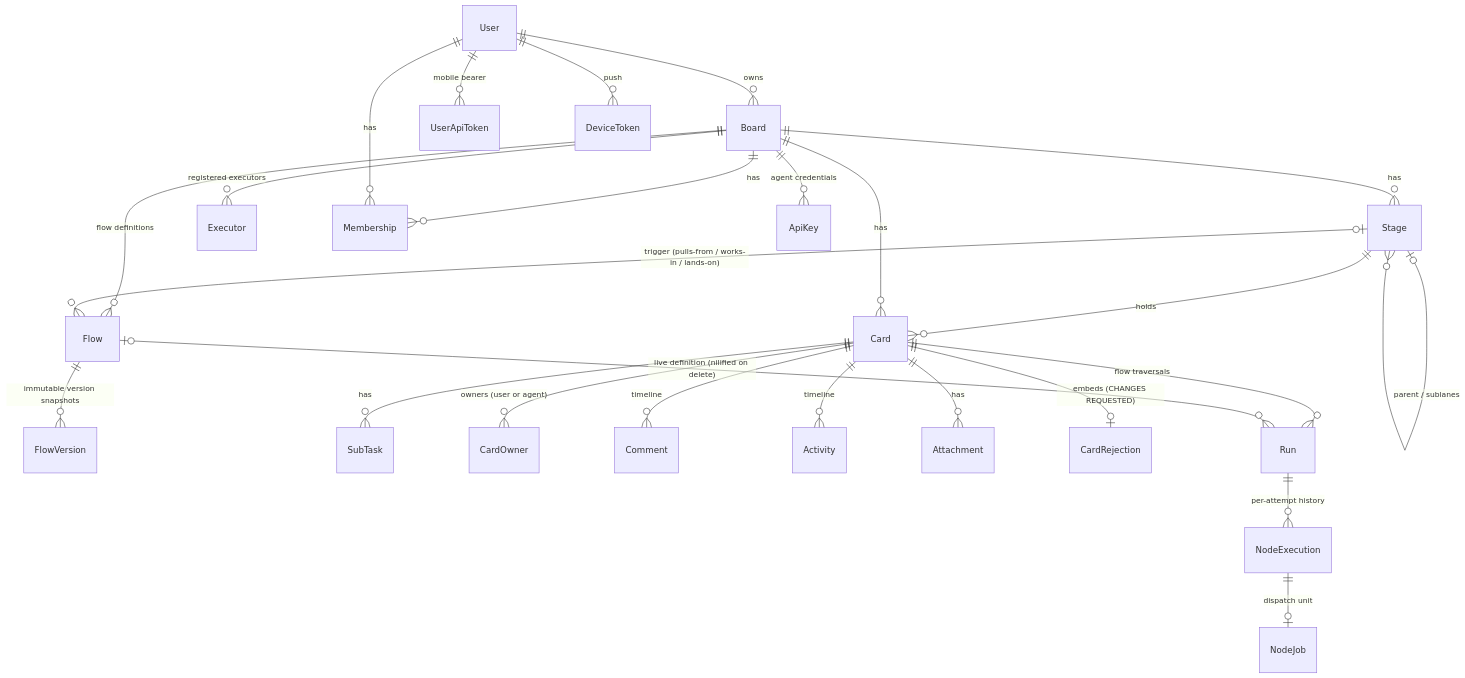
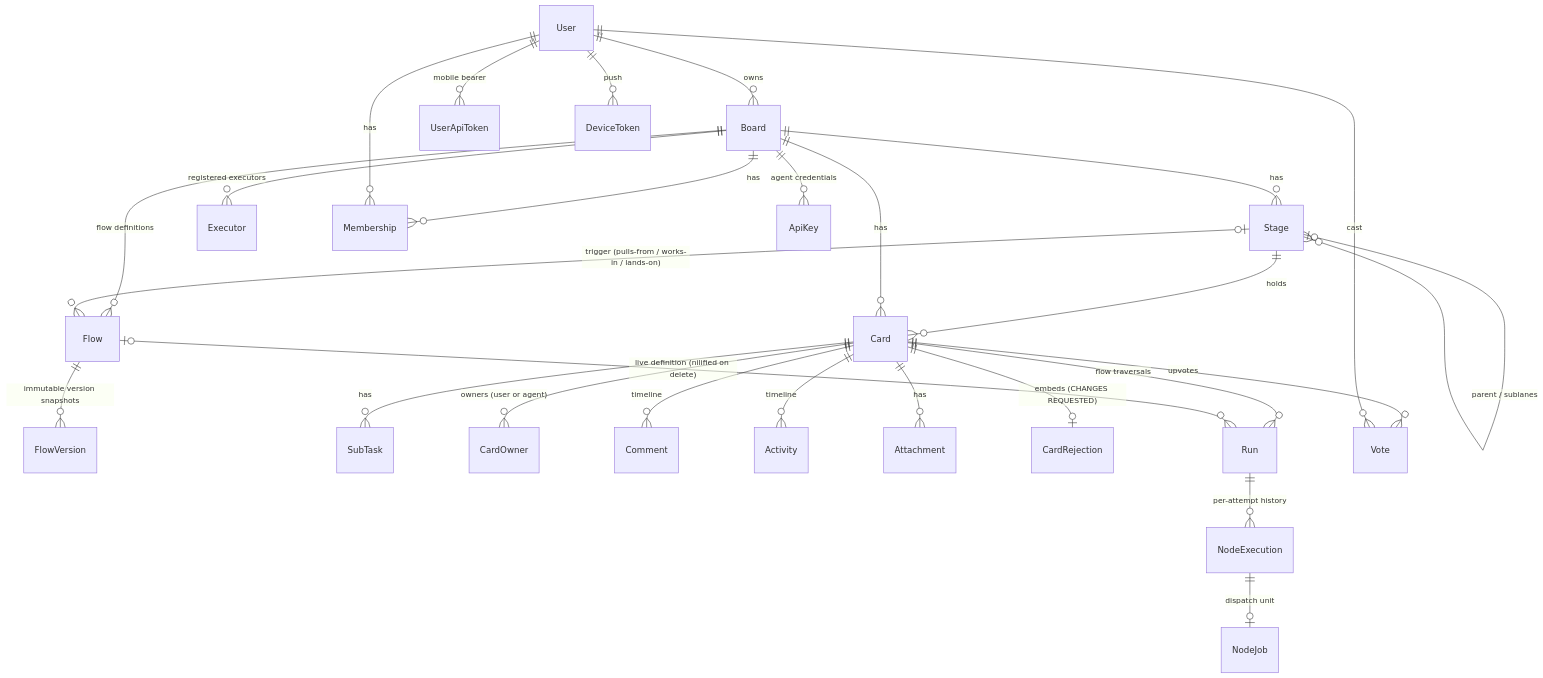
One commit to jeremylightsmith/relay changed the diagram in docs/architecture/domain.md. Above: the diagram before and after it, drawn with Mermaid. The commit also changed other lines of this file and 34 other files, not shown here.

````diff
--- a/docs/architecture/domain.md
+++ b/docs/architecture/domain.md
@@ -232,27 +237,29 @@
 ```mermaid
 erDiagram
     User ||--o{ Board : owns
     Board ||--o{ Stage : has
     Stage |o--o{ Stage : "parent / sublanes"
     Stage ||--o{ Card : holds
     Board ||--o{ Card : has
     Board ||--o{ Flow : "flow definitions"
     Stage |o--o{ Flow : "trigger (pulls-from / works-in / lands-on)"
     Flow ||--o{ FlowVersion : "immutable version snapshots"
     Card ||--o{ SubTask : has
     Card ||--o{ CardOwner : "owners (user or agent)"
     Card ||--o{ Comment : timeline
     Card ||--o{ Activity : timeline
     Card ||--o{ Attachment : has
     Card ||--o| CardRejection : "embeds (CHANGES REQUESTED)"
     Card ||--o{ Run : "flow traversals"
     Flow |o--o{ Run : "live definition (nilified on delete)"
     Run ||--o{ NodeExecution : "per-attempt history"
     NodeExecution ||--o| NodeJob : "dispatch unit"
     Board ||--o{ Executor : "registered executors"
     Board ||--o{ Membership : has
     User ||--o{ Membership : has
     Board ||--o{ ApiKey : "agent credentials"
     User ||--o{ UserApiToken : "mobile bearer"
     User ||--o{ DeviceToken : "push"
+    Card ||--o{ Vote : upvotes
+    User ||--o{ Vote : cast
 ```
````
